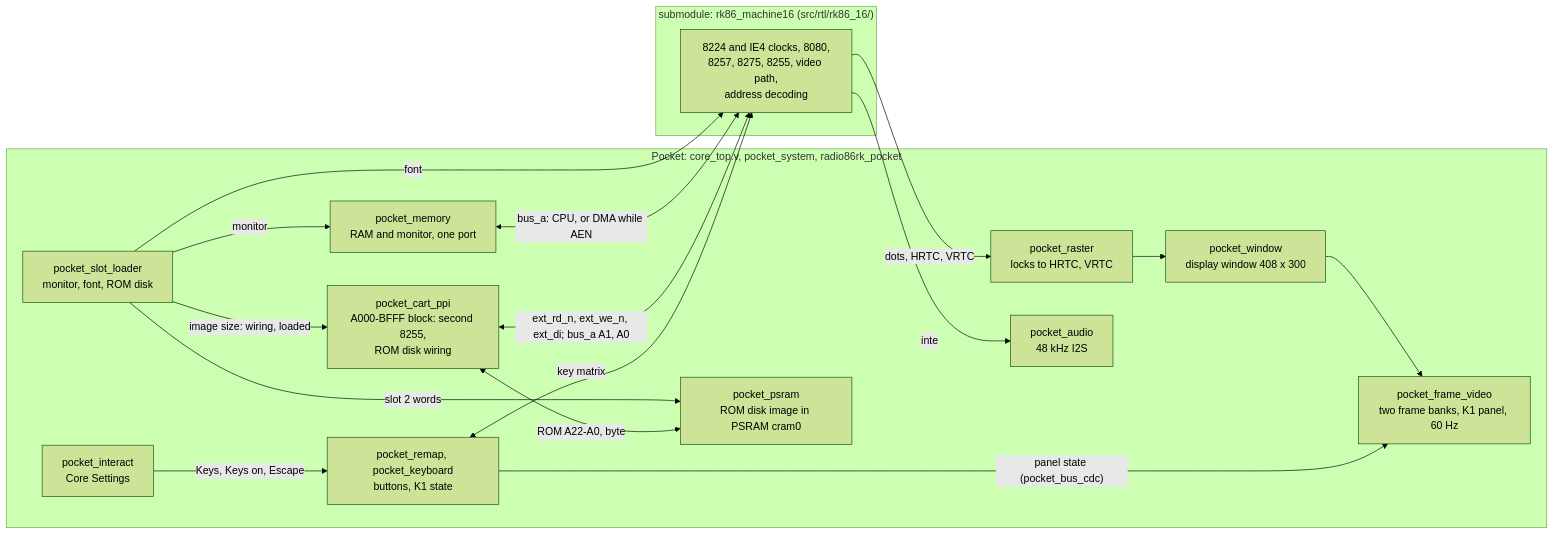
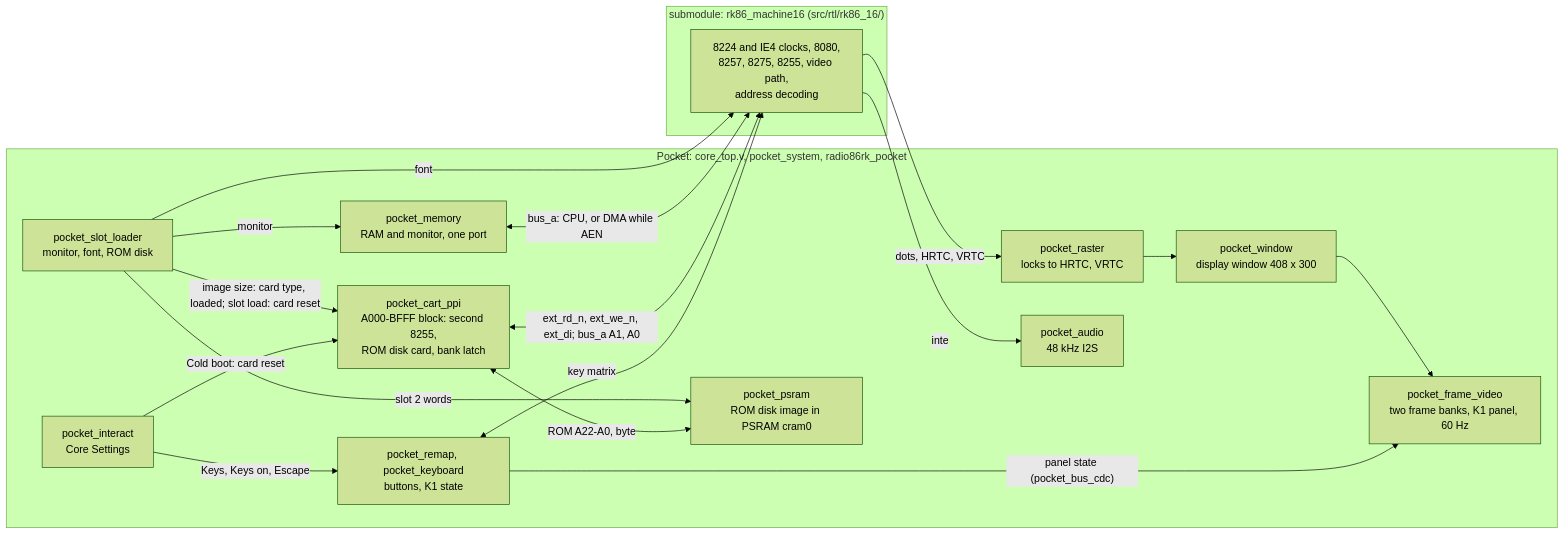
The diagram in fpga/README.md (BarabashkaD/radio86-rk-pocket), drawn with Mermaid (forest theme) before and after one commit. The commit also changed other lines of this file and 22 other files, not shown here.

````diff
--- a/fpga/README.md
+++ b/fpga/README.md
@@ -13,30 +13,31 @@
 ```mermaid
 flowchart LR
     subgraph core["submodule: rk86_machine16 (src/rtl/rk86_16/)"]
         m16["8224 and IE4 clocks, 8080,<br/>8257, 8275, 8255, video path,<br/>address decoding"]
     end
     subgraph pk["Pocket: core_top.v, pocket_system, radio86rk_pocket"]
         p_ast["pocket_slot_loader<br/>monitor, font, ROM disk"]
         p_mem["pocket_memory<br/>RAM and monitor, one port"]
-        p_cart["pocket_cart_ppi<br/>A000-BFFF block: second 8255,<br/>ROM disk wiring"]
+        p_cart["pocket_cart_ppi<br/>A000-BFFF block: second 8255,<br/>ROM disk card, bank latch"]
         p_psram["pocket_psram<br/>ROM disk image in PSRAM cram0"]
         p_set["pocket_interact<br/>Core Settings"]
         p_kbd["pocket_remap, pocket_keyboard<br/>buttons, K1 state"]
         p_ras["pocket_raster<br/>locks to HRTC, VRTC"]
         p_win["pocket_window<br/>display window 408 x 300"]
         p_fv["pocket_frame_video<br/>two frame banks, K1 panel, 60 Hz"]
         p_snd["pocket_audio<br/>48 kHz I2S"]
     end
     p_ast -->|"monitor"| p_mem
     p_ast -->|"slot 2 words"| p_psram
-    p_ast -->|"image size: wiring, loaded"| p_cart
+    p_ast -->|"image size: card type, loaded; slot load: card reset"| p_cart
+    p_set -->|"Cold boot: card reset"| p_cart
     p_cart <-->|"ROM A22-A0, byte"| p_psram
     p_ast -->|"font"| m16
     p_mem <-->|"bus_a: CPU, or DMA while AEN"| m16
     p_cart <-->|"ext_rd_n, ext_we_n, ext_di; bus_a A1, A0"| m16
     p_kbd <-->|"key matrix"| m16
     m16 -->|"dots, HRTC, VRTC"| p_ras --> p_win --> p_fv
     p_set -->|"Keys, Keys on, Escape"| p_kbd
     p_kbd -->|"panel state (pocket_bus_cdc)"| p_fv
     m16 -->|"inte"| p_snd
 ```
````
